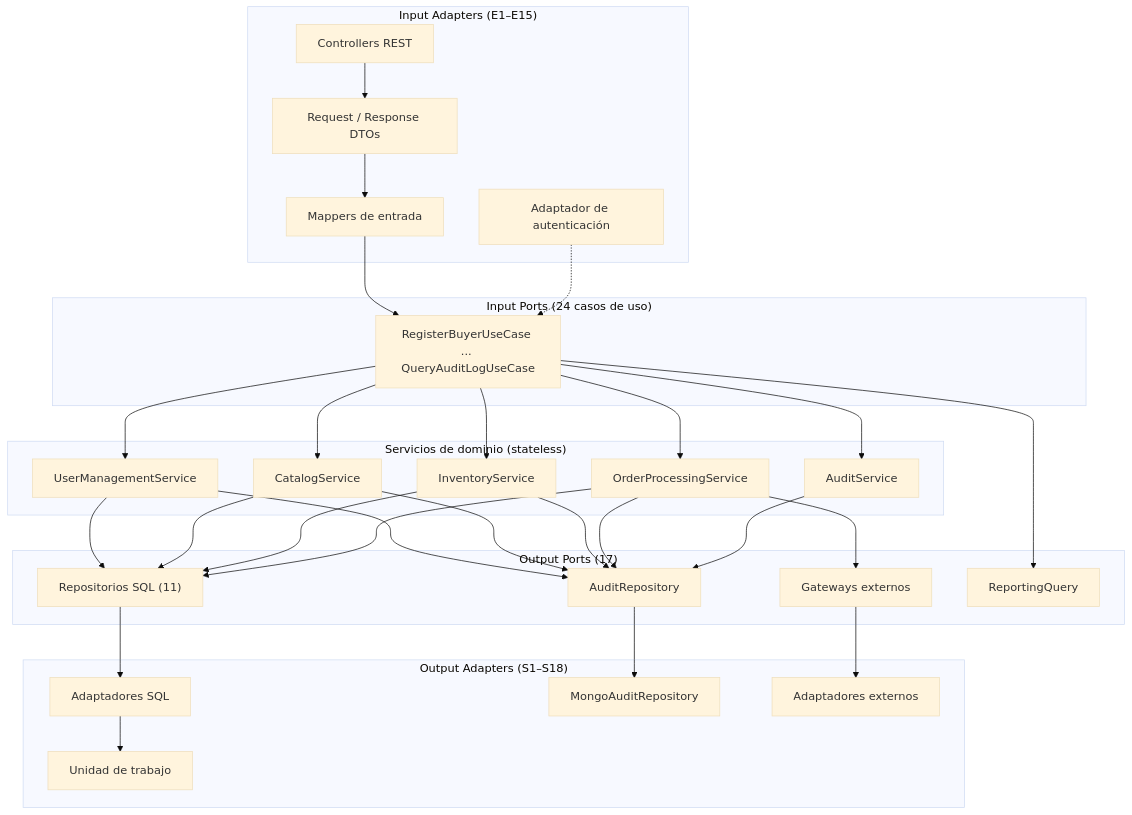
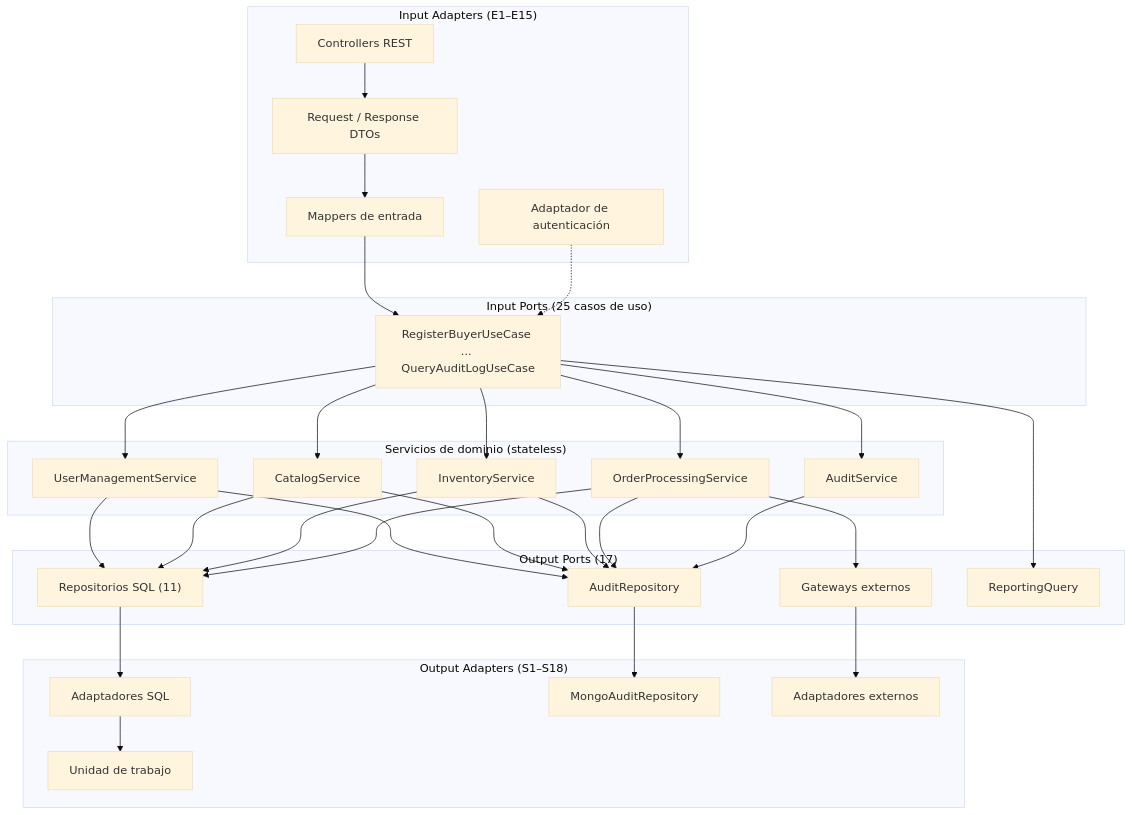
One commit to SamuuVA/Programacion-Web-2-2026 changed the second of 7 diagrams in SDD/Adapters/architecture.md. Above: the diagram before and after it, drawn with Mermaid (base theme). The commit also changed other lines of this file and 26 other files, not shown here.

````diff
--- a/SDD/Adapters/architecture.md
+++ b/SDD/Adapters/architecture.md
@@ -198,60 +198,60 @@
 ```mermaid
 flowchart TB
     subgraph IA["Input Adapters (E1–E15)"]
         C1["Controllers REST"]
         D1["Request / Response DTOs"]
         M1["Mappers de entrada"]
         A1["Adaptador de autenticación"]
     end
 
-    subgraph APP["Input Ports (24 casos de uso)"]
+    subgraph APP["Input Ports (25 casos de uso)"]
         UC1["RegisterBuyerUseCase ... QueryAuditLogUseCase"]
     end
 
     subgraph DOM["Servicios de dominio (stateless)"]
         UMS["UserManagementService"]
         CS["CatalogService"]
         IS["InventoryService"]
         OPS["OrderProcessingService"]
         AS["AuditService"]
     end
 
     subgraph OP["Output Ports (17)"]
         REPO["Repositorios SQL (11)"]
         MREPO["AuditRepository"]
         GW["Gateways externos"]
         RQ["ReportingQuery"]
     end
 
     subgraph OA["Output Adapters (S1–S18)"]
         SQLA["Adaptadores SQL"]
         MONGOA["MongoAuditRepository"]
         EXTA["Adaptadores externos"]
         UOW["Unidad de trabajo"]
     end
 
     C1 --> D1
     D1 --> M1
     M1 --> UC1
     A1 -.-> UC1
     UC1 --> UMS
     UC1 --> CS
     UC1 --> IS
     UC1 --> OPS
     UC1 --> AS
     UMS --> REPO
     UMS --> MREPO
     CS --> REPO
     CS --> MREPO
     IS --> REPO
     IS --> MREPO
     OPS --> REPO
     OPS --> GW
     OPS --> MREPO
     AS --> MREPO
     UC1 --> RQ
     REPO --> SQLA
     MREPO --> MONGOA
     GW --> EXTA
     SQLA --> UOW
 ```
````
